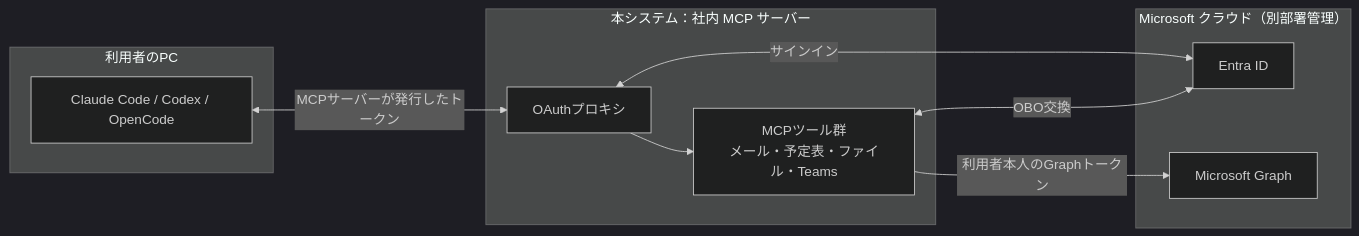
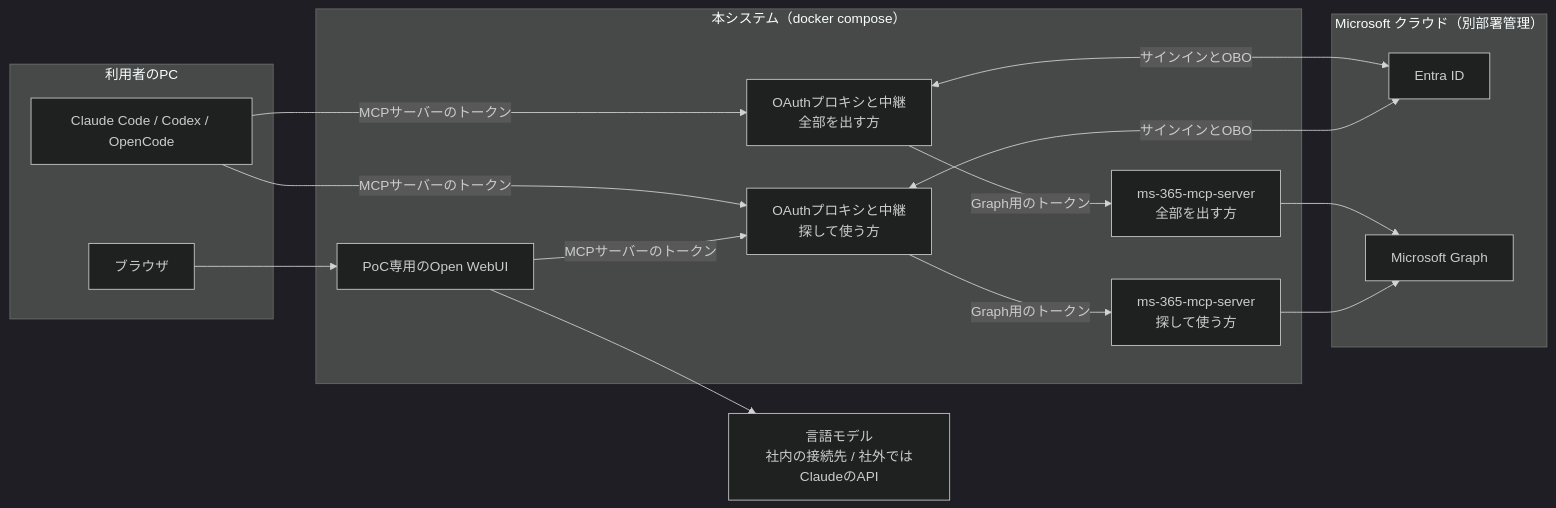
One commit to notfolder/graph-mcp-gateway changed the first of 4 diagrams in docs/requirements.md. Above: the diagram before and after it, drawn with Mermaid (dark theme). The commit also changed other lines of this file and 51 other files, not shown here.

First line of the commit message:
docs: ms-365-mcp-server を中継する方針に要件・外部連携の調査・詳細設計を作り直し

````diff
--- a/docs/requirements.md
+++ b/docs/requirements.md
@@ -31,19 +40,30 @@
 ```mermaid
 flowchart LR
   subgraph PC["利用者のPC"]
     CL["Claude Code / Codex / OpenCode"]
+    BR["ブラウザ"]
   end
-  subgraph SV["本システム：社内 MCP サーバー"]
-    PX["OAuthプロキシ"]
-    TL["MCPツール群<br/>メール・予定表・ファイル・Teams"]
-    PX --> TL
+  subgraph SV["本システム（docker compose）"]
+    OW["PoC専用のOpen WebUI"]
+    PF["OAuthプロキシと中継<br/>全部を出す方"]
+    PD["OAuthプロキシと中継<br/>探して使う方"]
+    MF["ms-365-mcp-server<br/>全部を出す方"]
+    MD["ms-365-mcp-server<br/>探して使う方"]
   end
   subgraph MS["Microsoft クラウド（別部署管理）"]
     EN["Entra ID"]
     GR["Microsoft Graph"]
   end
-  CL <-->|"MCPサーバーが発行したトークン"| PX
-  PX <-->|"サインイン"| EN
-  TL <-->|"OBO交換"| EN
-  TL -->|"利用者本人のGraphトークン"| GR
+  LM["言語モデル<br/>社内の接続先 / 社外ではClaudeのAPI"]
+  CL -->|"MCPサーバーのトークン"| PF
+  CL -->|"MCPサーバーのトークン"| PD
+  BR --> OW
+  OW -->|"MCPサーバーのトークン"| PD
+  OW --> LM
+  PF <-->|"サインインとOBO"| EN
+  PD <-->|"サインインとOBO"| EN
+  PF -->|"Graph用のトークン"| MF
+  PD -->|"Graph用のトークン"| MD
+  MF --> GR
+  MD --> GR
 ```
````
